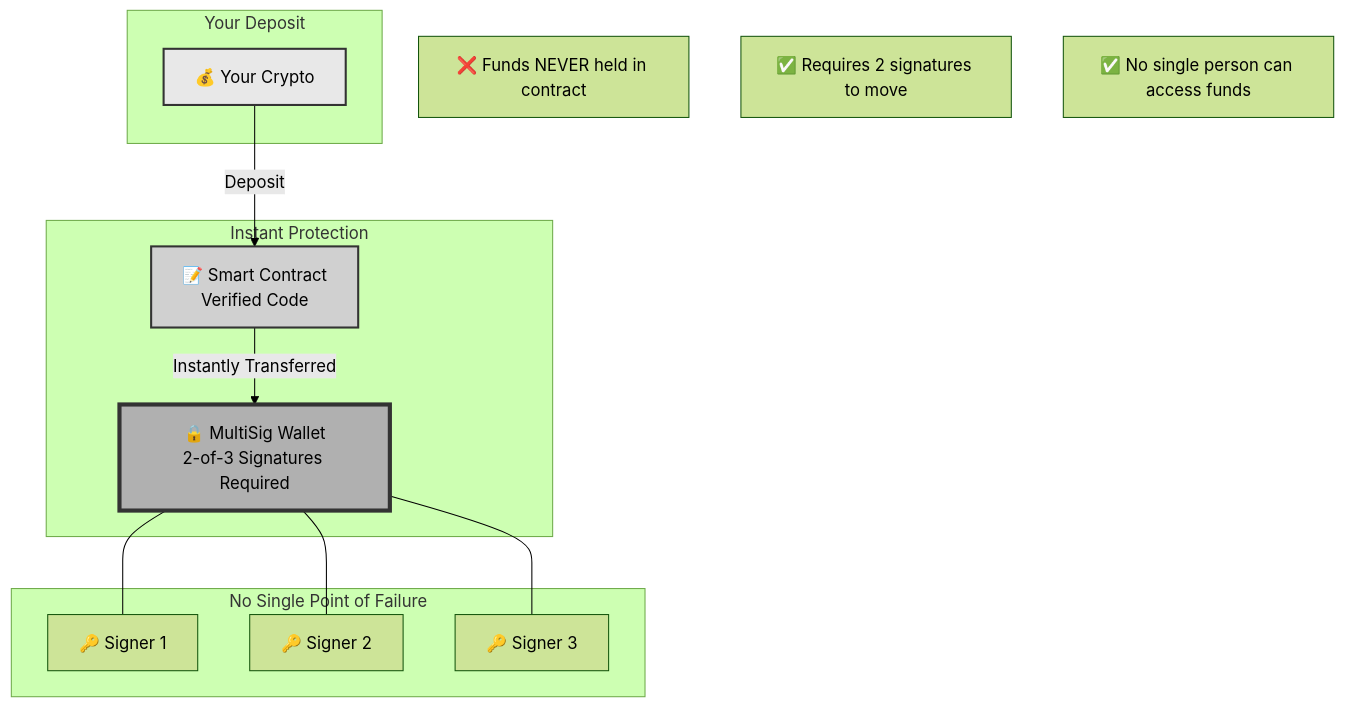
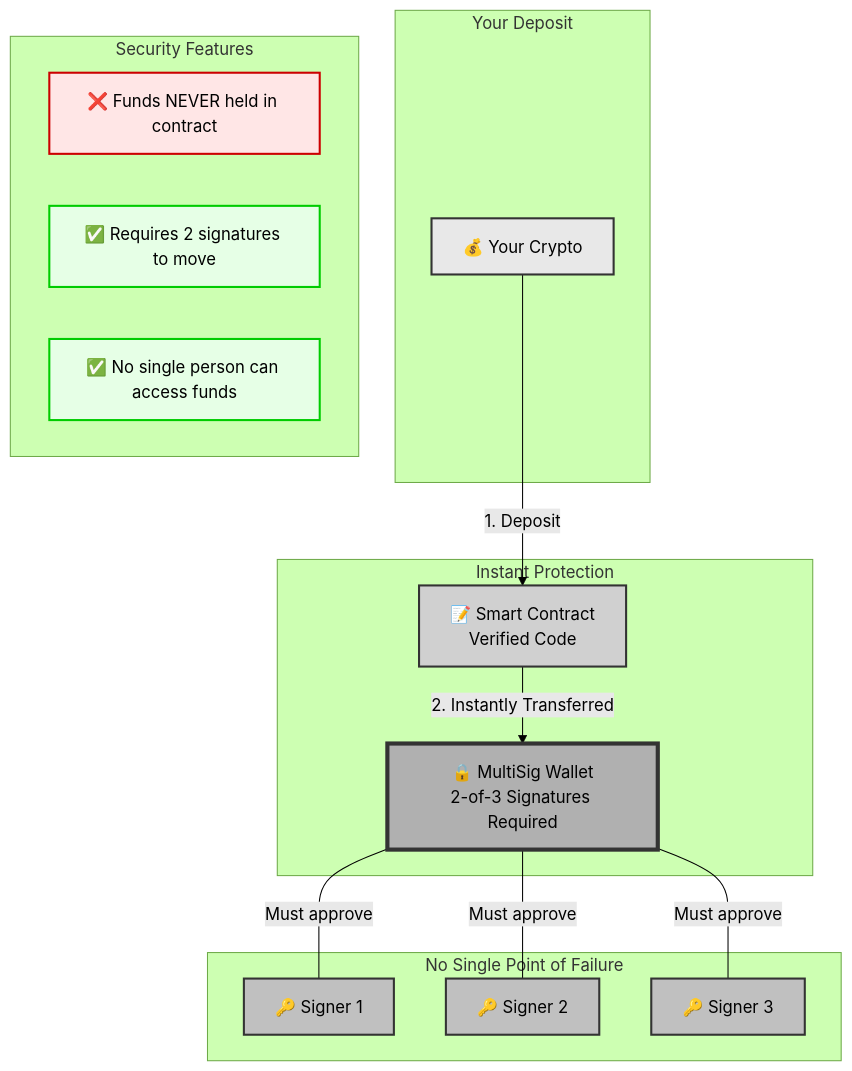
The second of 20 diagrams in ARCHITECTURE.md (VaporFund/vapor-staking-platform-docs), drawn with Mermaid (forest theme) before and after one commit.

Commit message:
fix(docs): improve Security Model diagram in ARCHITECTURE.md
Improvements to "Your Money is Safe (Security Model)" diagram:
- Changed from 'graph TB' to 'flowchart TB' for better rendering
- Properly organized Notes into a dedicated subgraph "Security Features"
- Added descriptive labels to subgraphs for clarity
- Enhanced styling for security notes with color coding:
  - Red background for "Funds NEVER held in contract"
  - Green background for positive security features
- Added proper connections between MultiSig and signers
- Improved visual hierarchy with consistent grayscale styling

🤖 Generated with [Claude Code](https://claude.com/claude-code)

````diff
--- a/ARCHITECTURE.md
+++ b/ARCHITECTURE.md
@@ -56,32 +56,40 @@
 ```mermaid
-graph TB
-    subgraph "Your Deposit"
+flowchart TB
+    subgraph Deposit["Your Deposit"]
         USER[💰 Your Crypto]
     end
 
-    subgraph "Instant Protection"
+    subgraph Protection["Instant Protection"]
         CONTRACT[📝 Smart Contract<br/>Verified Code]
         MULTISIG[🔒 MultiSig Wallet<br/>2-of-3 Signatures Required]
     end
 
-    subgraph "No Single Point of Failure"
+    subgraph Security["No Single Point of Failure"]
         KEY1[🔑 Signer 1]
         KEY2[🔑 Signer 2]
         KEY3[🔑 Signer 3]
     end
 
-    USER -->|Deposit| CONTRACT
-    CONTRACT -->|Instantly Transferred| MULTISIG
+    subgraph Notes["Security Features"]
+        N1["❌ Funds NEVER held in contract"]
+        N2["✅ Requires 2 signatures to move"]
+        N3["✅ No single person can access funds"]
+    end
 
-    MULTISIG --- KEY1
-    MULTISIG --- KEY2
-    MULTISIG --- KEY3
+    USER -->|1. Deposit| CONTRACT
+    CONTRACT -->|2. Instantly Transferred| MULTISIG
 
-    Note1[❌ Funds NEVER held in contract]
-    Note2[✅ Requires 2 signatures to move]
-    Note3[✅ No single person can access funds]
+    MULTISIG ---|Must approve| KEY1
+    MULTISIG ---|Must approve| KEY2
+    MULTISIG ---|Must approve| KEY3
 
     style USER fill:#e8e8e8,stroke:#333,stroke-width:2px,color:#000
+    style CONTRACT fill:#d0d0d0,stroke:#333,stroke-width:2px,color:#000
     style MULTISIG fill:#b0b0b0,stroke:#333,stroke-width:4px,color:#000
-    style CONTRACT fill:#d0d0d0,stroke:#333,stroke-width:2px,color:#000
+    style KEY1 fill:#c0c0c0,stroke:#333,stroke-width:2px,color:#000
+    style KEY2 fill:#c0c0c0,stroke:#333,stroke-width:2px,color:#000
+    style KEY3 fill:#c0c0c0,stroke:#333,stroke-width:2px,color:#000
+    style N1 fill:#ffe6e6,stroke:#cc0000,stroke-width:2px,color:#000
+    style N2 fill:#e6ffe6,stroke:#00cc00,stroke-width:2px,color:#000
+    style N3 fill:#e6ffe6,stroke:#00cc00,stroke-width:2px,color:#000
 ```
````
